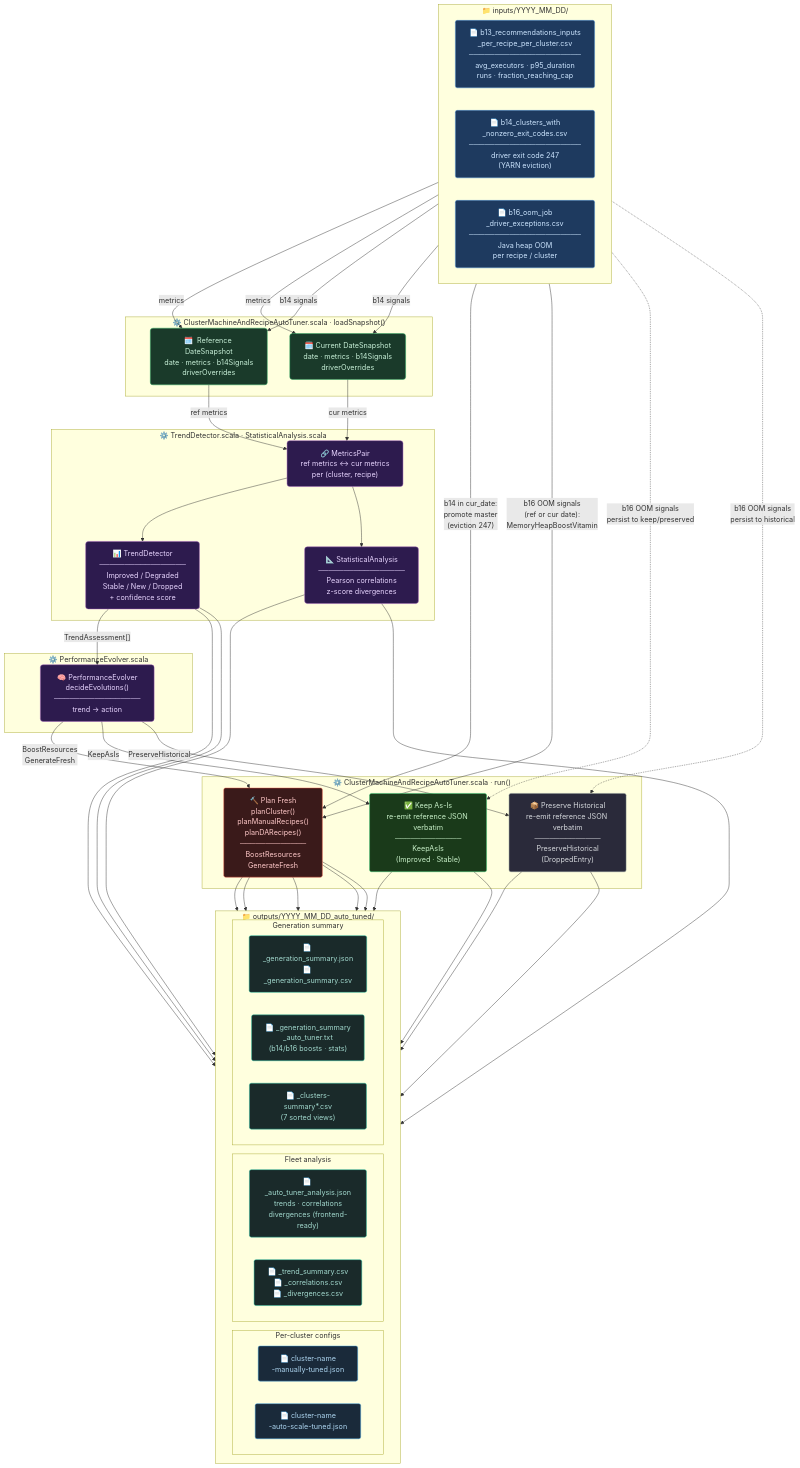
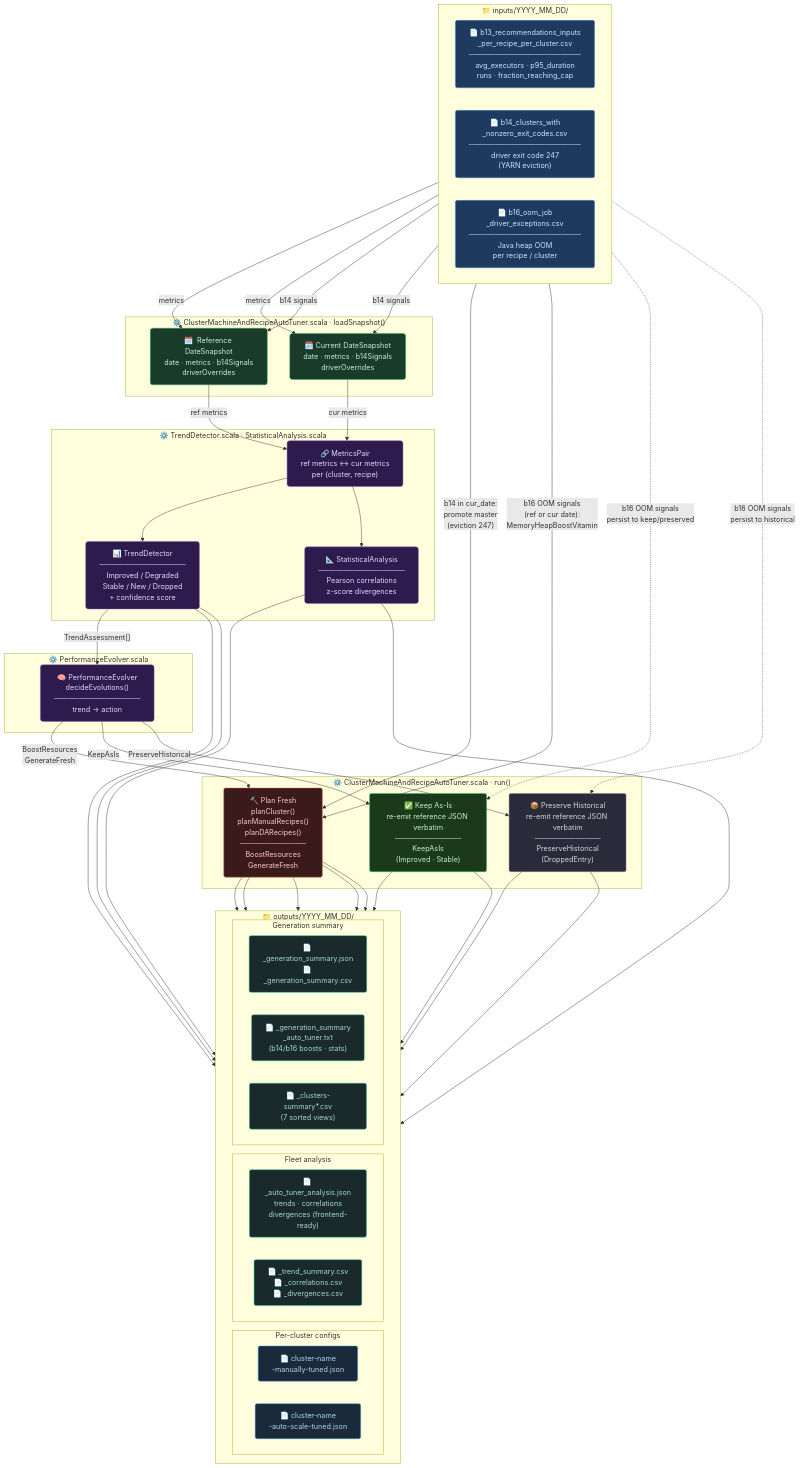
Before and after one commit to albertols/spark-cluster-job-tuner: the diagram in src/main/scala/com/db/serna/orchestration/cluster_tuning/auto/_AUTO_TUNING.md, drawn with Mermaid. The commit also changed other lines of this file and 6 other files, not shown here.

```diff
--- a/src/main/scala/com/db/serna/orchestration/cluster_tuning/auto/_AUTO_TUNING.md
+++ b/src/main/scala/com/db/serna/orchestration/cluster_tuning/auto/_AUTO_TUNING.md
@@ -103,7 +103,7 @@
     B16 -.->|"b16 OOM signals\npersist to historical"| HIST
 
     %% ── OUTPUTS ──────────────────────────────────────────────────────────────
-    subgraph OUTPUTS ["📁  outputs/YYYY_MM_DD_auto_tuned/"]
+    subgraph OUTPUTS ["📁  outputs/YYYY_MM_DD/"]
         direction LR
         subgraph CLUSTER_JSON ["Per-cluster configs"]
             JMAN["📄 cluster-name\n-manually-tuned.json"]
```
